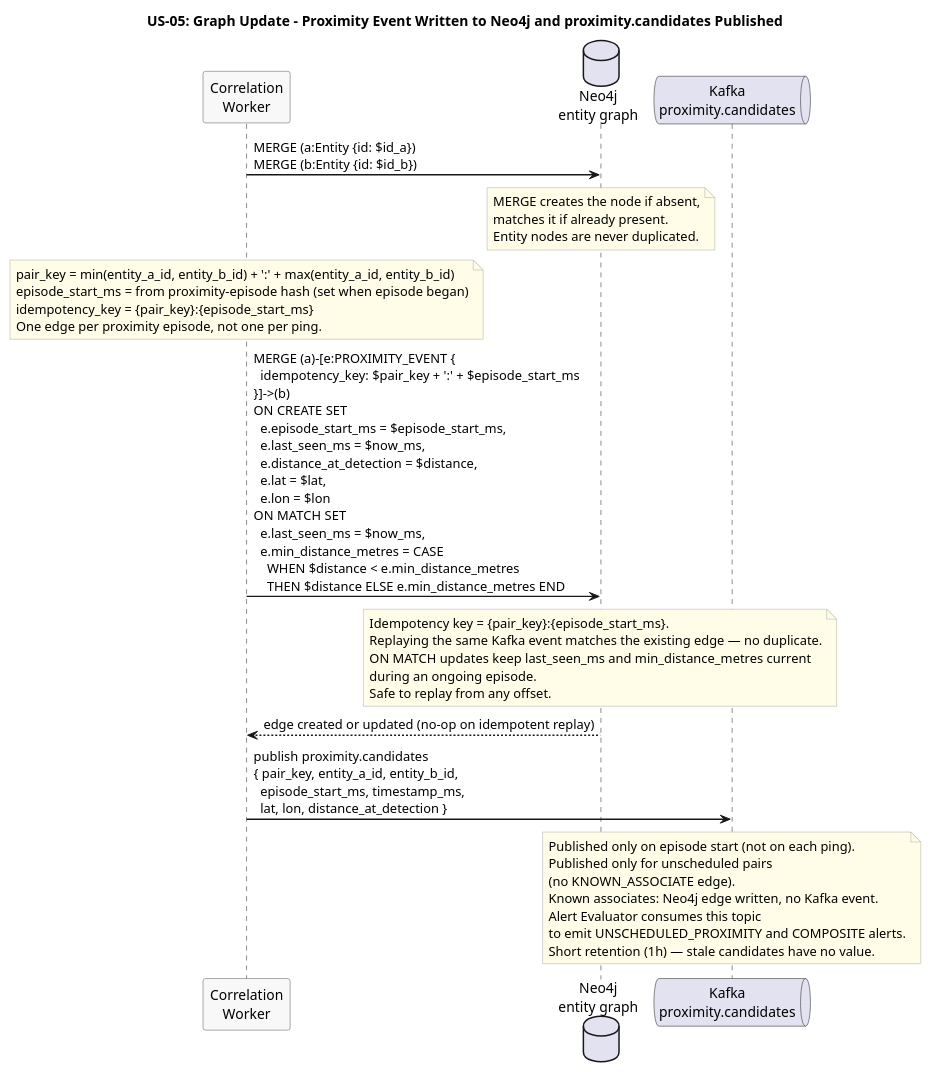
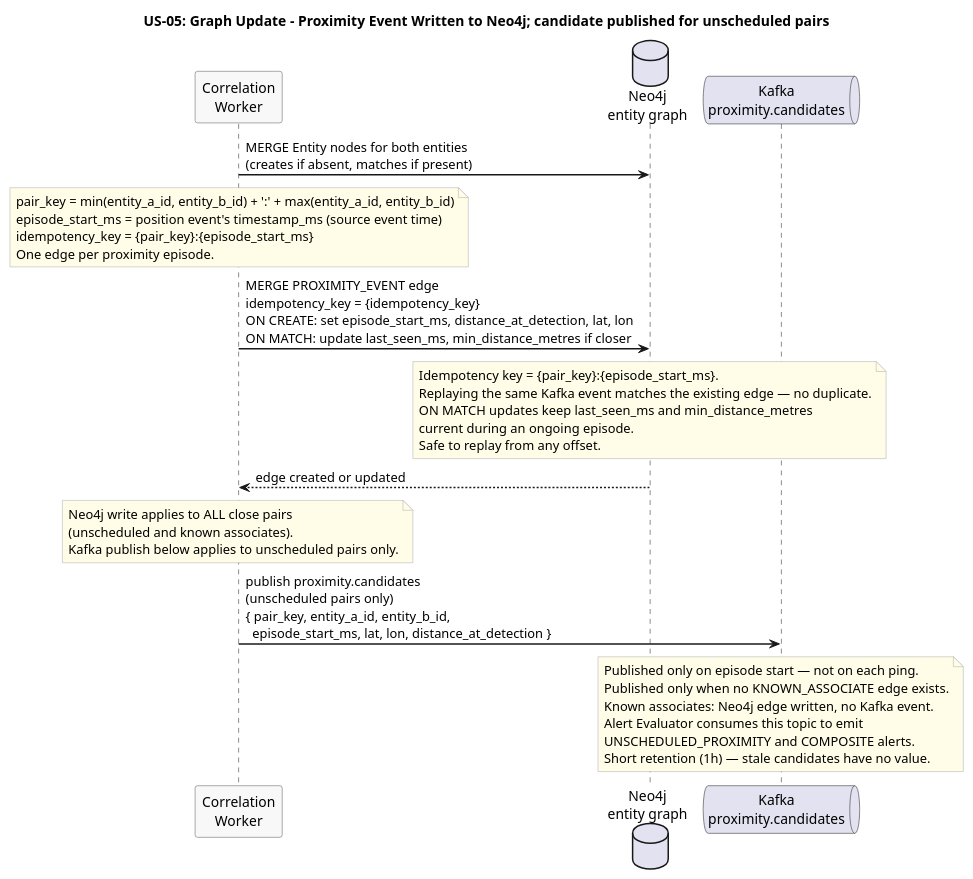
Before and after one commit to Buffden/sentinel: the diagram in docs/use-cases/US-05-unscheduled-proximity/graph-update.puml, drawn with PlantUML. The commit also changed 22 other files, not shown here.

```diff
--- a/docs/use-cases/US-05-unscheduled-proximity/graph-update.puml
+++ b/docs/use-cases/US-05-unscheduled-proximity/graph-update.puml
@@ -1,53 +1,52 @@
 @startuml graph-update
-title US-05: Graph Update - Proximity Event Written to Neo4j and proximity.candidates Published
+title US-05: Graph Update - Proximity Event Written to Neo4j; candidate published for unscheduled pairs
 
 skinparam sequenceArrowThickness 1.5
 skinparam participantBorderColor #555555
 skinparam participantBackgroundColor #F8F8F8
 skinparam noteBorderColor #AAAAAA
 skinparam noteBackgroundColor #FFFDE7
 
 participant "Correlation\nWorker" as Correlation
 database "Neo4j\nentity graph" as Neo4j
 queue "Kafka\nproximity.candidates" as ProxKafka
 
-Correlation -> Neo4j : MERGE (a:Entity {id: $id_a})\nMERGE (b:Entity {id: $id_b})
-
-note over Neo4j
-  MERGE creates the node if absent,
-  matches it if already present.
-  Entity nodes are never duplicated.
-end note
+Correlation -> Neo4j : MERGE Entity nodes for both entities\n(creates if absent, matches if present)
 
 note over Correlation
   pair_key = min(entity_a_id, entity_b_id) + ':' + max(entity_a_id, entity_b_id)
-  episode_start_ms = from proximity-episode hash (set when episode began)
+  episode_start_ms = position event's timestamp_ms (source event time)
   idempotency_key = {pair_key}:{episode_start_ms}
-  One edge per proximity episode, not one per ping.
+  One edge per proximity episode.
 end note
 
-Correlation -> Neo4j : MERGE (a)-[e:PROXIMITY_EVENT {\n  idempotency_key: $pair_key + ':' + $episode_start_ms\n}]->(b)\nON CREATE SET\n  e.episode_start_ms = $episode_start_ms,\n  e.last_seen_ms = $now_ms,\n  e.distance_at_detection = $distance,\n  e.lat = $lat,\n  e.lon = $lon\nON MATCH SET\n  e.last_seen_ms = $now_ms,\n  e.min_distance_metres = CASE\n    WHEN $distance < e.min_distance_metres\n    THEN $distance ELSE e.min_distance_metres END
+Correlation -> Neo4j : MERGE PROXIMITY_EVENT edge\nidempotency_key = {idempotency_key}\nON CREATE: set episode_start_ms, distance_at_detection, lat, lon\nON MATCH: update last_seen_ms, min_distance_metres if closer
 
 note over Neo4j
   Idempotency key = {pair_key}:{episode_start_ms}.
   Replaying the same Kafka event matches the existing edge — no duplicate.
-  ON MATCH updates keep last_seen_ms and min_distance_metres current
-  during an ongoing episode.
+  ON MATCH updates keep last_seen_ms and min_distance_metres
+  current during an ongoing episode.
   Safe to replay from any offset.
 end note
 
-Neo4j --> Correlation : edge created or updated (no-op on idempotent replay)
+Neo4j --> Correlation : edge created or updated
 
-Correlation -> ProxKafka : publish proximity.candidates\n{ pair_key, entity_a_id, entity_b_id,\n  episode_start_ms, timestamp_ms,\n  lat, lon, distance_at_detection }
+note over Correlation
+  Neo4j write applies to ALL close pairs
+  (unscheduled and known associates).
+  Kafka publish below applies to unscheduled pairs only.
+end note
+
+Correlation -> ProxKafka : publish proximity.candidates\n(unscheduled pairs only)\n{ pair_key, entity_a_id, entity_b_id,\n  episode_start_ms, lat, lon, distance_at_detection }
 
 note over ProxKafka
-  Published only on episode start (not on each ping).
-  Published only for unscheduled pairs
-  (no KNOWN_ASSOCIATE edge).
+  Published only on episode start — not on each ping.
+  Published only when no KNOWN_ASSOCIATE edge exists.
   Known associates: Neo4j edge written, no Kafka event.
-  Alert Evaluator consumes this topic
-  to emit UNSCHEDULED_PROXIMITY and COMPOSITE alerts.
+  Alert Evaluator consumes this topic to emit
+  UNSCHEDULED_PROXIMITY and COMPOSITE alerts.
   Short retention (1h) — stale candidates have no value.
 end note
 
 @enduml
```
